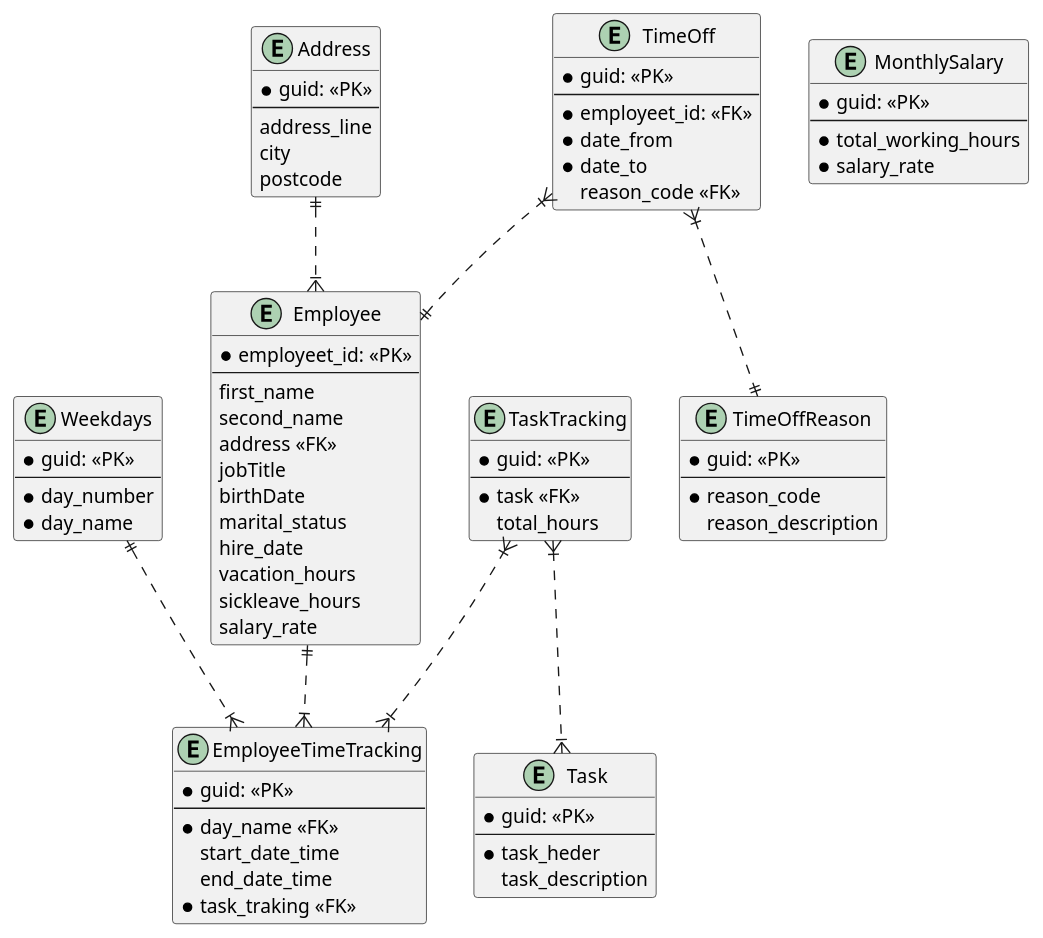
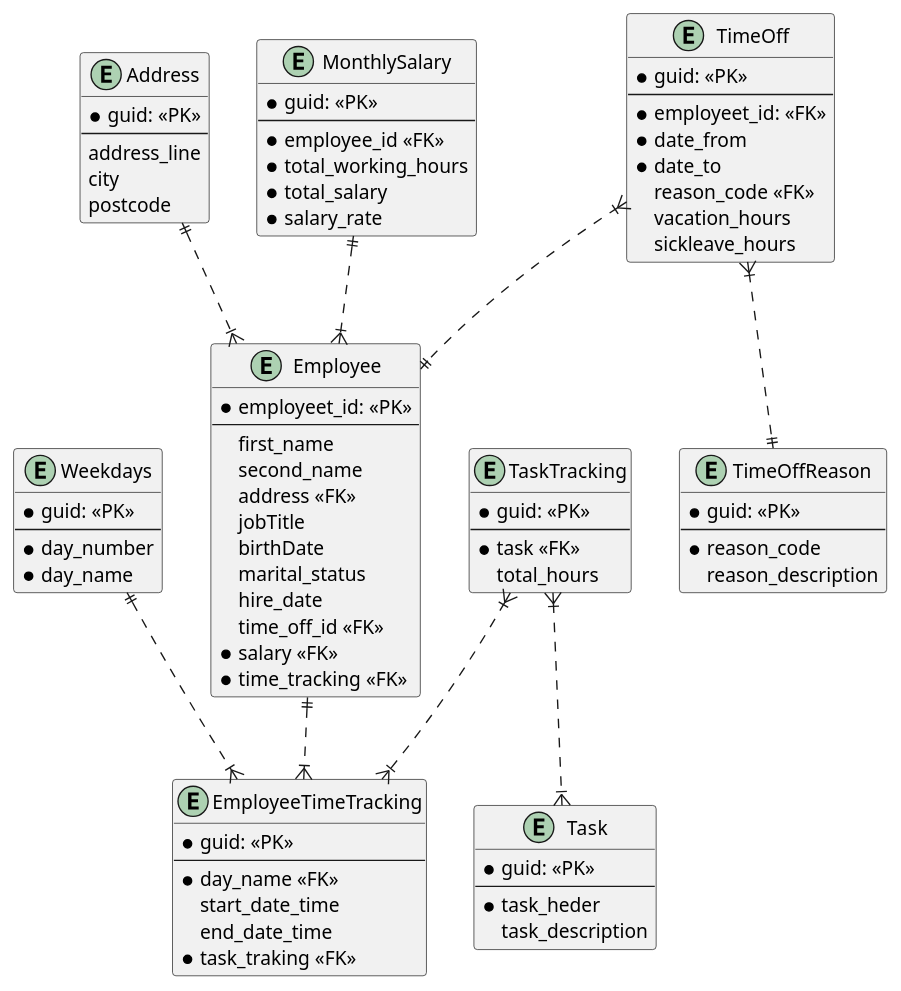
Before and after one commit to Hexxie/SET_ML-Cloud: the diagram in Databases/hw2/personnelAccounting.wsd, drawn with PlantUML.

Commit message:
Finished Accounting database

```diff
--- a/Databases/hw2/personnelAccounting.wsd
+++ b/Databases/hw2/personnelAccounting.wsd
@@ -1,112 +1,119 @@
 @startuml
 ' hide the spot
 ' hide circle
 
 ' avoid problems with angled crows feet
 
 'last e: e1
 
 entity "Employee" as e01 {
 *employeet_id: <<PK>>
 --
 first_name
 second_name
 address <<FK>>
 jobTitle
 birthDate
 marital_status
 hire_date
-vacation_hours
-sickleave_hours
-salary_rate
+time_off_id <<FK>>
+*salary <<FK>>
+*time_tracking <<FK>>
 }
 
 entity "Address" as e02 {
   *guid: <<PK>>
 --
 address_line
 city
 postcode
 }
 
 entity "TimeOff" as e03 {
   *guid: <<PK>>
 --
   *employeet_id: <<FK>>
   *date_from
   *date_to
   reason_code <<FK>>
+  vacation_hours
+  sickleave_hours
 }
 
 entity "TimeOffReason" as e04 {
   *guid: <<PK>>
 --
   *reason_code
   reason_description
 }
 
 entity "EmployeeTimeTracking" as e05 {
   *guid: <<PK>>
 --
   *day_name <<FK>>
   start_date_time
   end_date_time
   *task_traking <<FK>>
 }
 
 entity "Weekdays" as e06 {
   *guid: <<PK>>
 --
   *day_number
   *day_name
 }
 
 entity "TaskTracking" as e07 {
   *guid: <<PK>>
 --
   *task <<FK>>
   total_hours
 }
 
 entity "Task" as e08 {
   *guid: <<PK>>
 --
   *task_heder
   task_description
 }
 
 entity "MonthlySalary" as e09 {
   *guid: <<PK>>
 --
+  *employee_id <<FK>>
+  'how to say that total working hours would be a count
   *total_working_hours
+  *total_salary
   *salary_rate
 }
 
 
 ' Relations
 ' Zero to One  |o--
 ' Exactly one  ||--
 ' Zero to many }o--
 ' One or many  }|--
 
 ' With Django we can have Many to many relationship
 
 'e02 }|..|{ e01
 
 'e03 }|..|| e02
 'e03 }|..|{ e05
 
 'e04 }|..|| e03
 'e04 }|..|| e01
 'e04 }|..|{ e05
 
 e02 ||..|{ e01
 e03 }|..|| e01
 e03 }|..|| e04
 
 e01 ||..|{ e05
 e06 ||..|{ e05
 e07 }|..|{ e05
 e07 }|..|{ e08
 
+e09 ||..|{ e01
+
 @enduml
```
